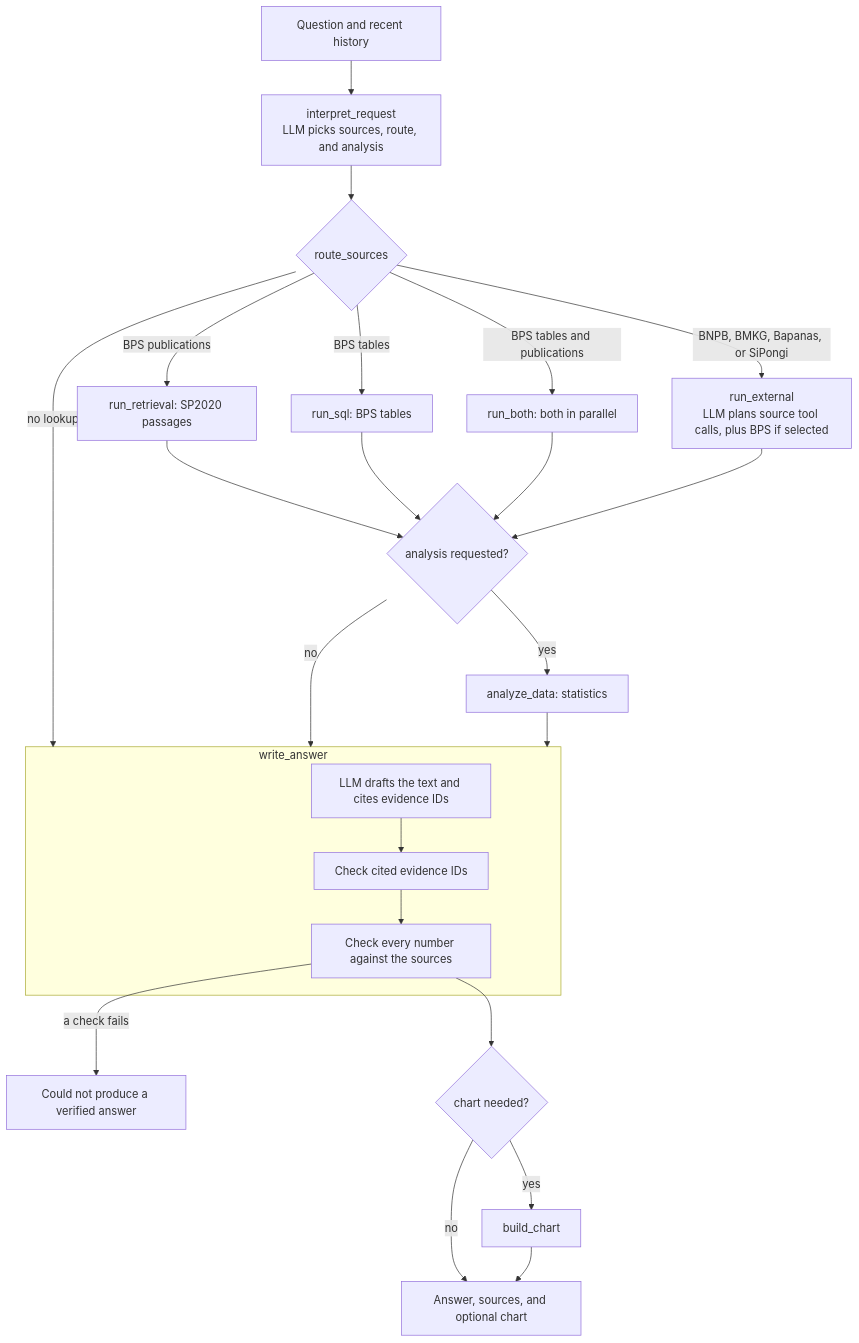
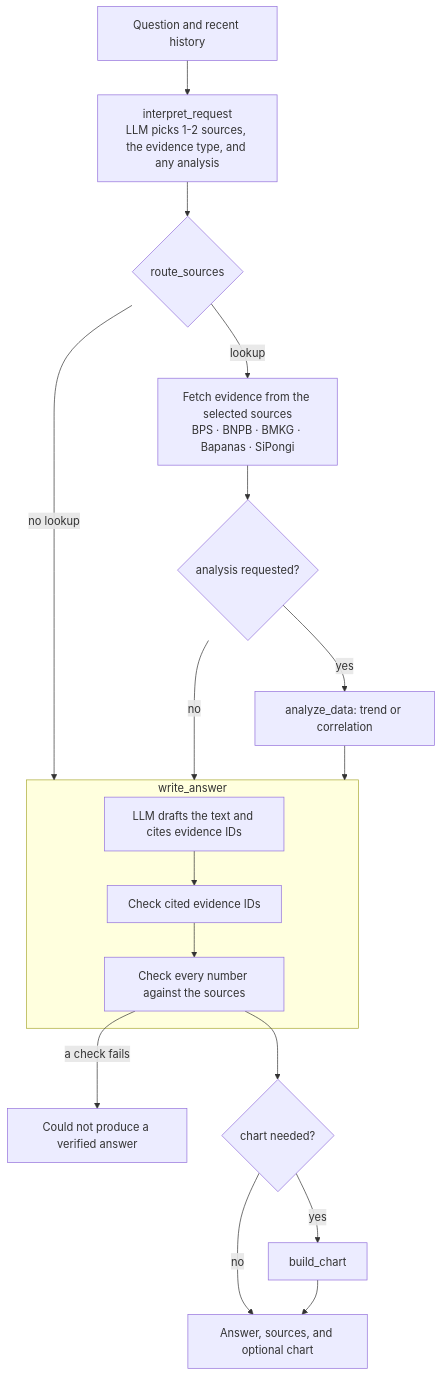
The first of 2 diagrams in README.md (aprirachmadi/tilik-agent), drawn with Mermaid before and after one commit. The commit also changed other lines of this file, not shown here.

Commit message:
Show the question graph's source steps as one in the README chart
Every source is fetched the same way, so the chart lists the five sources as
peers in one step and states that they differ only by what they publish.

````diff
--- a/README.md
+++ b/README.md
@@ -68,26 +69,20 @@
 ```mermaid
 flowchart TD
-    Q[Question and recent history] --> IR["interpret_request<br/>LLM picks sources, route, and analysis"]
+    Q[Question and recent history] --> IR["interpret_request<br/>LLM picks 1-2 sources, the evidence type, and any analysis"]
     IR --> RS{route_sources}
     RS -->|no lookup| WA
-    RS -->|BPS publications| RR[run_retrieval: SP2020 passages]
-    RS -->|BPS tables| SQ[run_sql: BPS tables]
-    RS -->|BPS tables and publications| RB[run_both: both in parallel]
-    RS -->|BNPB, BMKG, Bapanas, or SiPongi| RE["run_external<br/>LLM plans source tool calls, plus BPS if selected"]
-    RR --> RA{analysis requested?}
-    SQ --> RA
-    RB --> RA
-    RE --> RA
-    RA -->|yes| AD[analyze_data: statistics]
+    RS -->|lookup| FS["Fetch evidence from the selected sources<br/>BPS · BNPB · BMKG · Bapanas · SiPongi"]
+    FS --> RA{analysis requested?}
+    RA -->|yes| AD[analyze_data: trend or correlation]
     RA -->|no| WA
     AD --> WA
     subgraph WA[write_answer]
         D[LLM drafts the text and cites evidence IDs] --> CI[Check cited evidence IDs]
         CI --> CN[Check every number against the sources]
     end
     CN -->|a check fails| X[Could not produce a verified answer]
     CN --> CH{chart needed?}
     CH -->|yes| BC[build_chart]
     CH -->|no| U[Answer, sources, and optional chart]
     BC --> U
 ```
````
